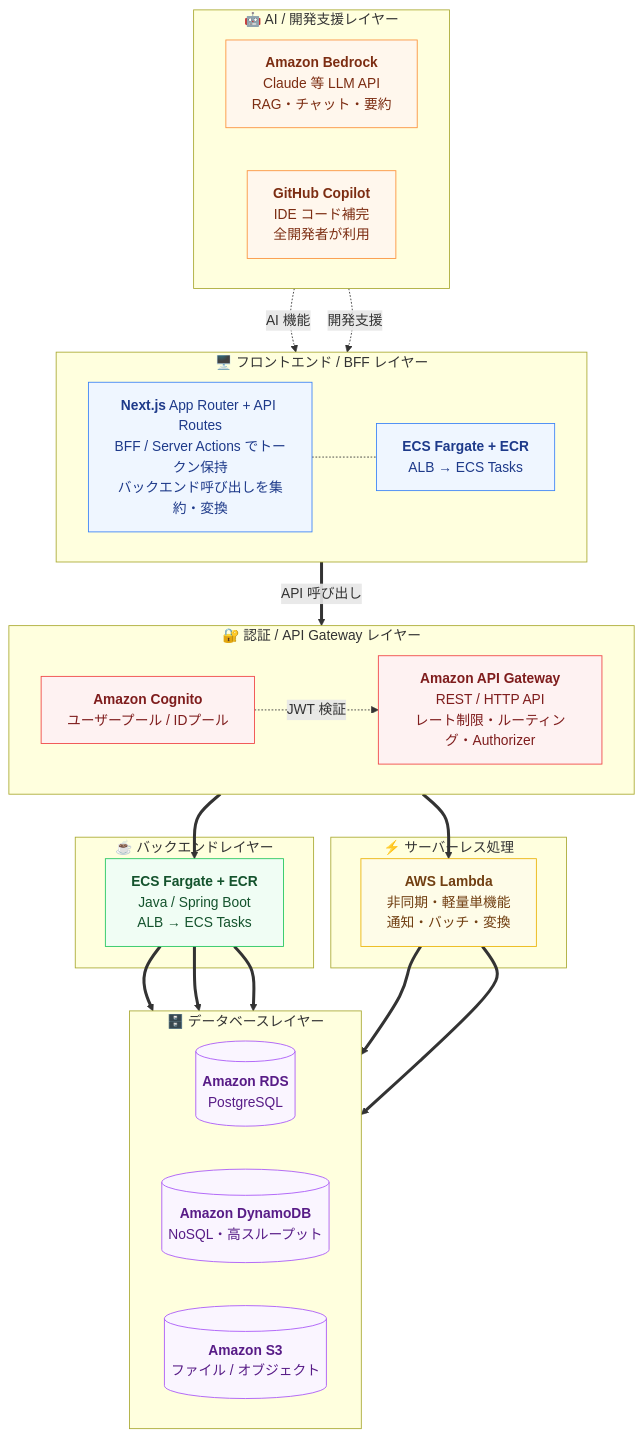
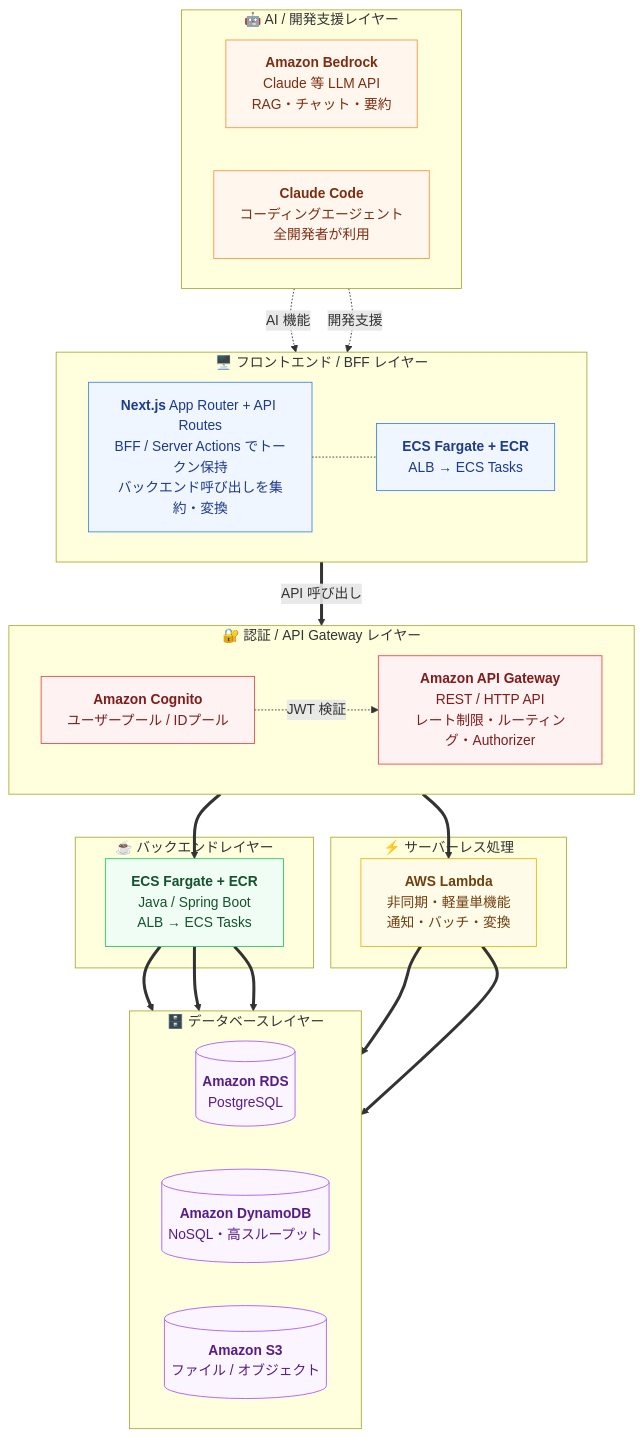
The first of 2 diagrams in Docs/ARCHITECTURE.md (CHS-Training-Org/ai_training_for_chuo_system), drawn with Mermaid before and after one commit. The commit also changed other lines of this file and 45 other files, not shown here.

````diff
--- a/Docs/ARCHITECTURE.md
+++ b/Docs/ARCHITECTURE.md
@@ -12,62 +12,62 @@
 ```mermaid
 flowchart TD
     subgraph AI["🤖 AI / 開発支援レイヤー"]
         direction LR
         Bedrock["<b>Amazon Bedrock</b><br/>Claude 等 LLM API<br/>RAG・チャット・要約"]
-        Copilot["<b>GitHub Copilot</b><br/>IDE コード補完<br/>全開発者が利用"]
+        ClaudeCode["<b>Claude Code</b><br/>コーディングエージェント<br/>全開発者が利用"]
     end
 
     subgraph FE["🖥️ フロントエンド / BFF レイヤー"]
         direction LR
         Next["<b>Next.js</b> App Router + API Routes<br/>BFF / Server Actions でトークン保持<br/>バックエンド呼び出しを集約・変換"]
         FEInfra["<b>ECS Fargate + ECR</b><br/>ALB → ECS Tasks"]
         Next -.- FEInfra
     end
 
     subgraph AUTH["🔐 認証 / API Gateway レイヤー"]
         direction LR
         Cognito["<b>Amazon Cognito</b><br/>ユーザープール / IDプール"]
         APIGW["<b>Amazon API Gateway</b><br/>REST / HTTP API<br/>レート制限・ルーティング・Authorizer"]
     end
 
     subgraph SVLESS["⚡ サーバーレス処理"]
         Lambda["<b>AWS Lambda</b><br/>非同期・軽量単機能<br/>通知・バッチ・変換"]
     end
 
     subgraph BE["☕ バックエンドレイヤー"]
         Spring["<b>ECS Fargate + ECR</b><br/>Java / Spring Boot<br/>ALB → ECS Tasks"]
     end
 
     subgraph DB["🗄️ データベースレイヤー"]
         direction LR
         RDS[("<b>Amazon RDS</b><br/>PostgreSQL")]
         Dynamo[("<b>Amazon DynamoDB</b><br/>NoSQL・高スループット")]
         S3[("<b>Amazon S3</b><br/>ファイル / オブジェクト")]
     end
 
     Bedrock -. AI 機能 .-> Next
-    Copilot -. 開発支援 .-> Next
+    ClaudeCode -. 開発支援 .-> Next
     Next ==>|API 呼び出し| APIGW
     Cognito -. JWT 検証 .-> APIGW
     APIGW ==> Lambda
     APIGW ==> Spring
     Spring ==> RDS
     Spring ==> Dynamo
     Spring ==> S3
     Lambda ==> Dynamo
     Lambda ==> S3
 
     classDef aiCls fill:#fff7ed,stroke:#fb923c,color:#7c2d12
     classDef feCls fill:#eff6ff,stroke:#3b82f6,color:#1e3a8a
     classDef authCls fill:#fef2f2,stroke:#ef4444,color:#7f1d1d
     classDef svCls fill:#fefce8,stroke:#eab308,color:#713f12
     classDef beCls fill:#f0fdf4,stroke:#22c55e,color:#14532d
     classDef dbCls fill:#faf5ff,stroke:#a855f7,color:#581c87
 
-    class Bedrock,Copilot aiCls
+    class Bedrock,ClaudeCode aiCls
     class Next,FEInfra feCls
     class Cognito,APIGW authCls
     class Lambda svCls
     class Spring beCls
     class RDS,Dynamo,S3 dbCls
 ```
````
